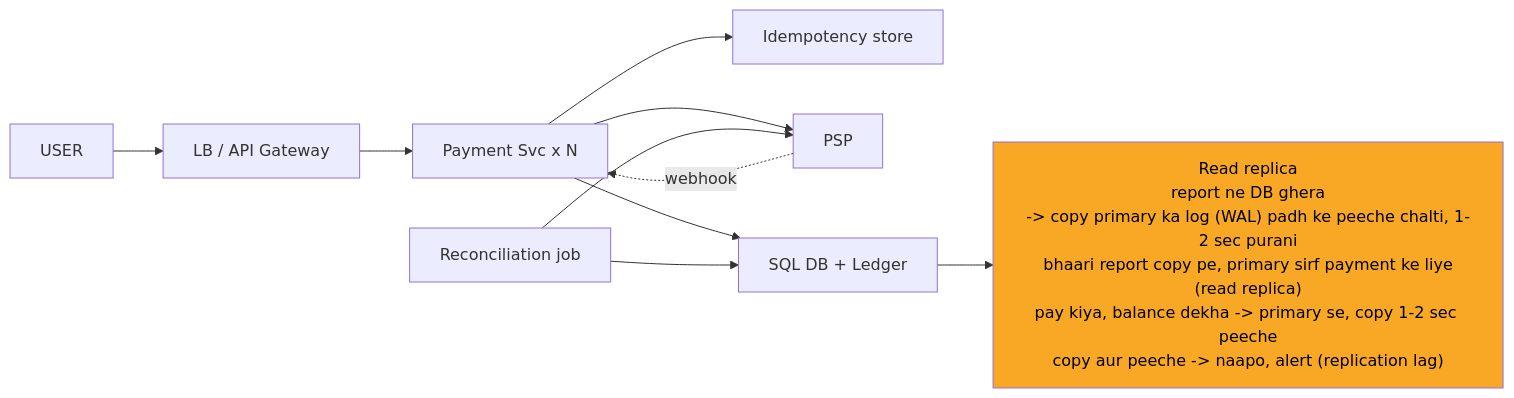
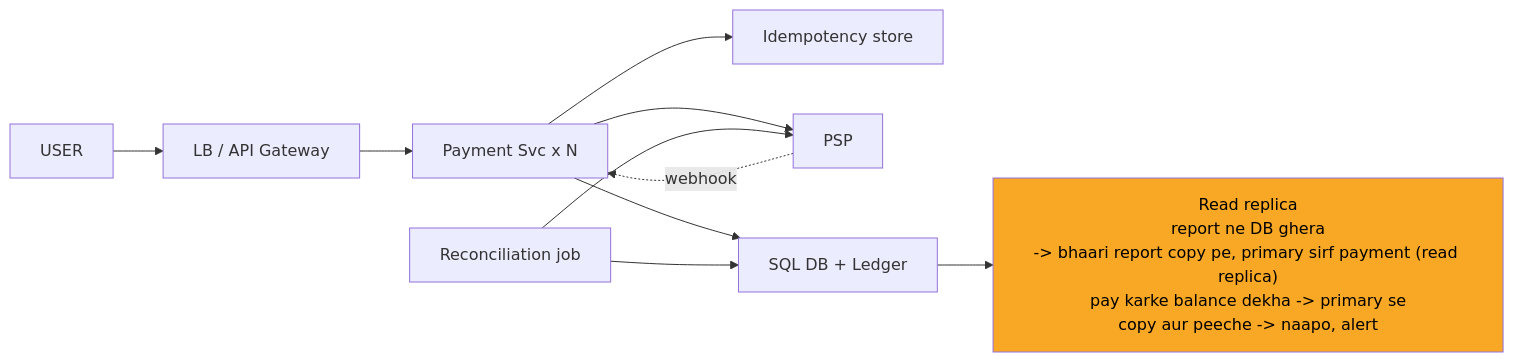
Before and after one commit to ArpanMaheshwari144/Prep: the diagram in 04_HLD/SYSTEM_DESIGNS/06_payment_system/img/c9.mmd, drawn with Mermaid. The commit also changed 42 other files, not shown here.

```diff
--- a/04_HLD/SYSTEM_DESIGNS/06_payment_system/img/c9.mmd
+++ b/04_HLD/SYSTEM_DESIGNS/06_payment_system/img/c9.mmd
@@ -1,20 +1,20 @@
 %%{init: {"flowchart": {"wrappingWidth": 450}}}%%
 flowchart LR
     n_USER["USER"]
     n_LB_API_Gateway["LB / API Gateway"]
     n_Payment_Svc_xN["Payment Svc x N"]
     n_Idempotency_store["Idempotency store"]
     n_PSP["PSP"]
     n_DB["SQL DB + Ledger"]
-    n_Read_replica["Read replica<br/>report ne DB ghera<br/>-> copy primary ka log (WAL) padh ke peeche chalti, 1-2 sec purani<br/>bhaari report copy pe, primary sirf payment ke liye<br/>(read replica)<br/>pay kiya, balance dekha -> primary se, copy 1-2 sec peeche<br/>copy aur peeche -> naapo, alert (replication lag)"]
+    n_Read_replica["Read replica<br/>report ne DB ghera<br/>-> bhaari report copy pe, primary sirf payment (read replica)<br/>pay karke balance dekha -> primary se<br/>copy aur peeche -> naapo, alert"]
     n_Reconciliation_job["Reconciliation job"]
     n_USER --> n_LB_API_Gateway
     n_LB_API_Gateway --> n_Payment_Svc_xN
     n_Payment_Svc_xN --> n_Idempotency_store
     n_Payment_Svc_xN --> n_PSP
     n_Payment_Svc_xN --> n_DB
     n_DB --> n_Read_replica
     n_Reconciliation_job --> n_DB
     n_Reconciliation_job --> n_PSP
     n_PSP -.->|webhook| n_Payment_Svc_xN
     style n_Read_replica fill:#f9a825,color:#000
```
